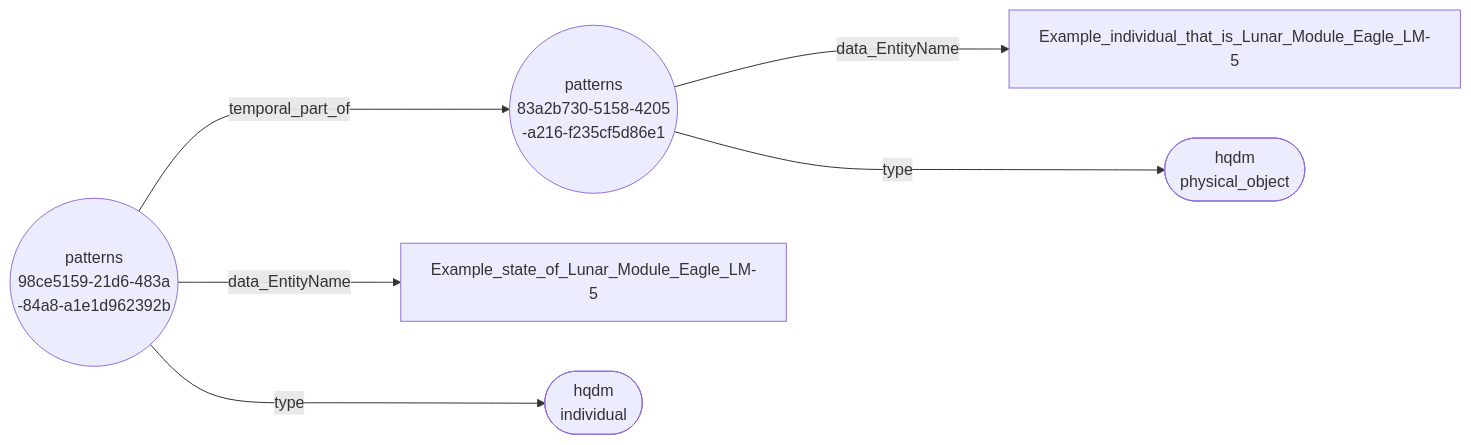
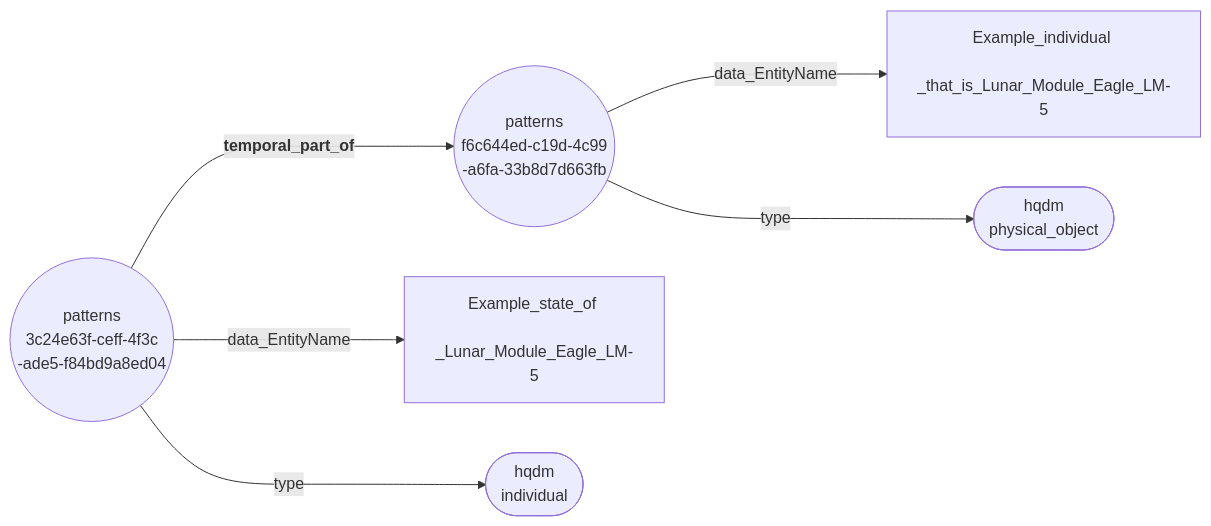
The diagram in docs/extras/example-files/temporalPartOfNodeEdgeGraph.mermaid (ClimbingAl/HqdmPatterns), drawn with Mermaid before and after one commit. The commit also changed 121 other files, not shown here.

Commit message:
Updates to individual example to validate nodeEdge featrues

````diff
--- a/docs/extras/example-files/temporalPartOfNodeEdgeGraph.mermaid
+++ b/docs/extras/example-files/temporalPartOfNodeEdgeGraph.mermaid
@@ -1,8 +1,8 @@
 ``` mermaid
 graph LR
-  83a2b730-5158-4205-a216-f235cf5d86e1(("patterns <br> 83a2b730-5158-4205 <br> -a216-f235cf5d86e1"))--->|data_EntityName|Example_individual_that_is_Lunar_Module_Eagle_LM-5[Example_individual_that_is_Lunar_Module_Eagle_LM-5];
-  83a2b730-5158-4205-a216-f235cf5d86e1(("patterns <br> 83a2b730-5158-4205 <br> -a216-f235cf5d86e1"))--->|type|physical_object(["hqdm <br> physical_object"]);
-  98ce5159-21d6-483a-84a8-a1e1d962392b(("patterns <br> 98ce5159-21d6-483a <br> -84a8-a1e1d962392b"))--->|temporal_part_of|83a2b730-5158-4205-a216-f235cf5d86e1(("patterns <br> 83a2b730-5158-4205 <br> -a216-f235cf5d86e1"));
-  98ce5159-21d6-483a-84a8-a1e1d962392b(("patterns <br> 98ce5159-21d6-483a <br> -84a8-a1e1d962392b"))--->|data_EntityName|Example_state_of_Lunar_Module_Eagle_LM-5[Example_state_of_Lunar_Module_Eagle_LM-5];
-  98ce5159-21d6-483a-84a8-a1e1d962392b(("patterns <br> 98ce5159-21d6-483a <br> -84a8-a1e1d962392b"))--->|type|individual(["hqdm <br> individual"]);
+  f6c644ed-c19d-4c99-a6fa-33b8d7d663fb(("patterns <br> f6c644ed-c19d-4c99 <br> -a6fa-33b8d7d663fb"))--->|"data_EntityName"|Example_individual_that_is_Lunar_Module_Eagle_LM-5["Example_individual <br> _that_is_Lunar_Module_Eagle_LM-5"];
+  f6c644ed-c19d-4c99-a6fa-33b8d7d663fb(("patterns <br> f6c644ed-c19d-4c99 <br> -a6fa-33b8d7d663fb"))--->|"type"|physical_object(["hqdm <br> physical_object"]);
+  3c24e63f-ceff-4f3c-ade5-f84bd9a8ed04(("patterns <br> 3c24e63f-ceff-4f3c <br> -ade5-f84bd9a8ed04"))--->|"<b> temporal_part_of"|f6c644ed-c19d-4c99-a6fa-33b8d7d663fb(("patterns <br> f6c644ed-c19d-4c99 <br> -a6fa-33b8d7d663fb"));
+  3c24e63f-ceff-4f3c-ade5-f84bd9a8ed04(("patterns <br> 3c24e63f-ceff-4f3c <br> -ade5-f84bd9a8ed04"))--->|"data_EntityName"|Example_state_of_Lunar_Module_Eagle_LM-5["Example_state_of <br> _Lunar_Module_Eagle_LM-5"];
+  3c24e63f-ceff-4f3c-ade5-f84bd9a8ed04(("patterns <br> 3c24e63f-ceff-4f3c <br> -ade5-f84bd9a8ed04"))--->|"type"|individual(["hqdm <br> individual"]);
 ```
````
